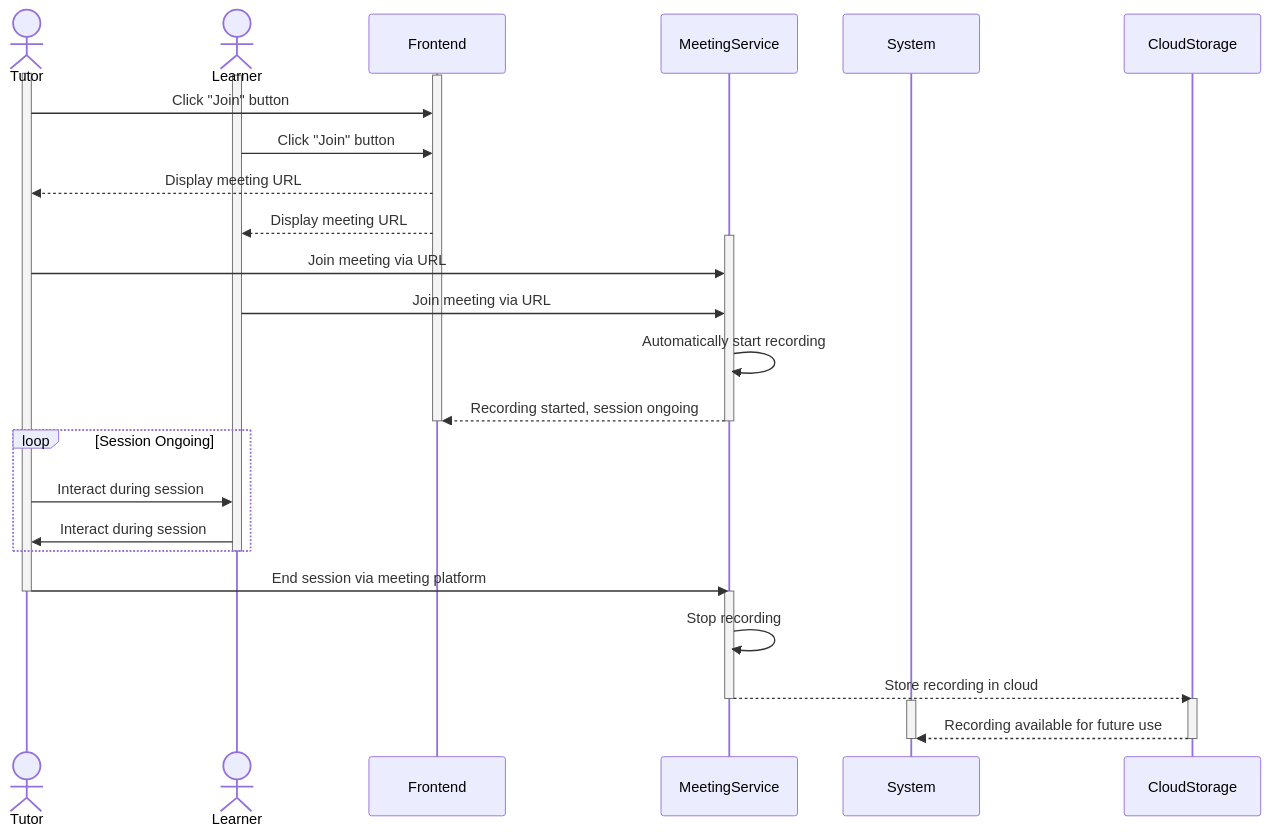
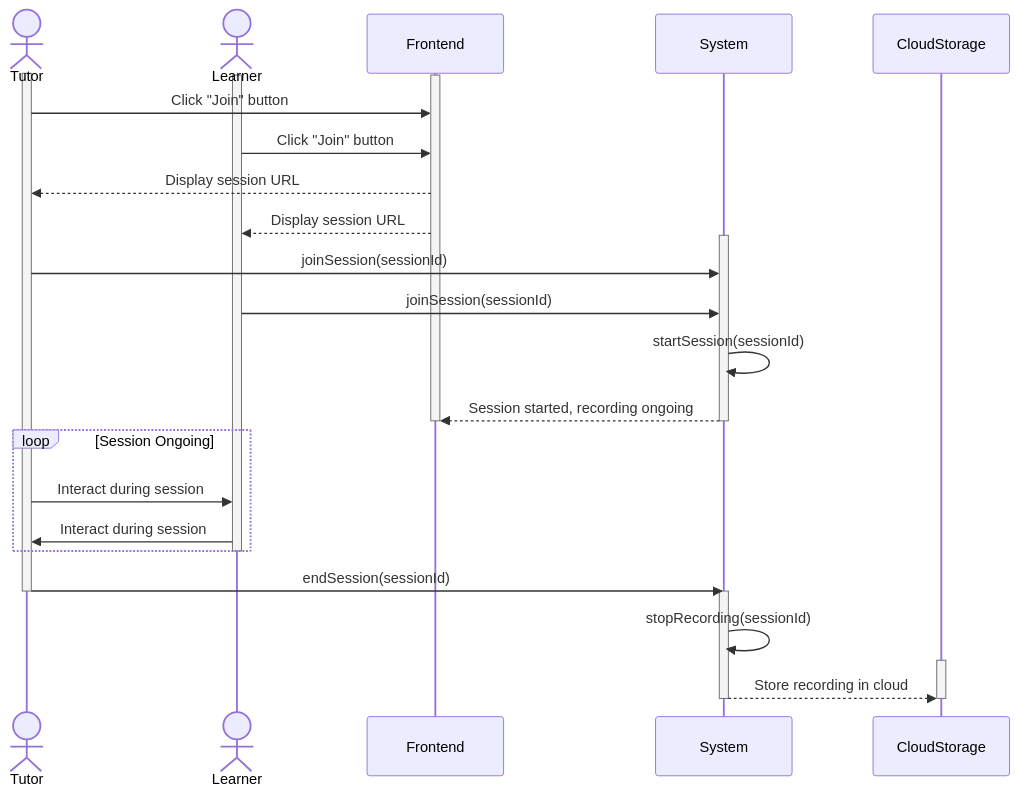
The diagram in hostAndRecordSession.mermaid (Shaar03/Diagrams), drawn with Mermaid before and after one commit.

Commit message:
use methods

```diff
--- a/hostAndRecordSession.mermaid
+++ b/hostAndRecordSession.mermaid
@@ -1,42 +1,37 @@
 sequenceDiagram
     actor Tutor
     actor Learner
     participant Frontend
-    participant MeetingService
     participant System
     participant CloudStorage
 
     activate Tutor
     activate Learner
     activate Frontend
     Tutor->>Frontend: Click "Join" button
     Learner->>Frontend: Click "Join" button
-    Frontend-->>Tutor: Display meeting URL
-    Frontend-->>Learner: Display meeting URL
+    Frontend-->>Tutor: Display session URL
+    Frontend-->>Learner: Display session URL
 
-    activate MeetingService
-    Tutor->>MeetingService: Join meeting via URL
-    Learner->>MeetingService: Join meeting via URL
-    MeetingService->>MeetingService: Automatically start recording
-    MeetingService-->>Frontend: Recording started, session ongoing
-    deactivate MeetingService
+    activate System
+    Tutor->>System: joinSession(sessionId)
+    Learner->>System: joinSession(sessionId)
+    System->>System: startSession(sessionId)
+    System-->>Frontend: Session started, recording ongoing
+    deactivate System
     deactivate Frontend
 
     loop Session Ongoing
         Tutor->>Learner: Interact during session
         Learner->>Tutor: Interact during session
     end
     deactivate Learner
 
-    Tutor->>MeetingService: End session via meeting platform
+    Tutor->>System: endSession(sessionId)
     deactivate Tutor
-    activate MeetingService
-    MeetingService->>MeetingService: Stop recording
-    MeetingService-->>CloudStorage: Store recording in cloud
-    deactivate MeetingService
-
+    activate System
+    System->>System: stopRecording(sessionId)
     activate CloudStorage
-    activate System
-    CloudStorage-->>System: Recording available for future use
+    System-->>CloudStorage: Store recording in cloud
     deactivate System
     deactivate CloudStorage
```
